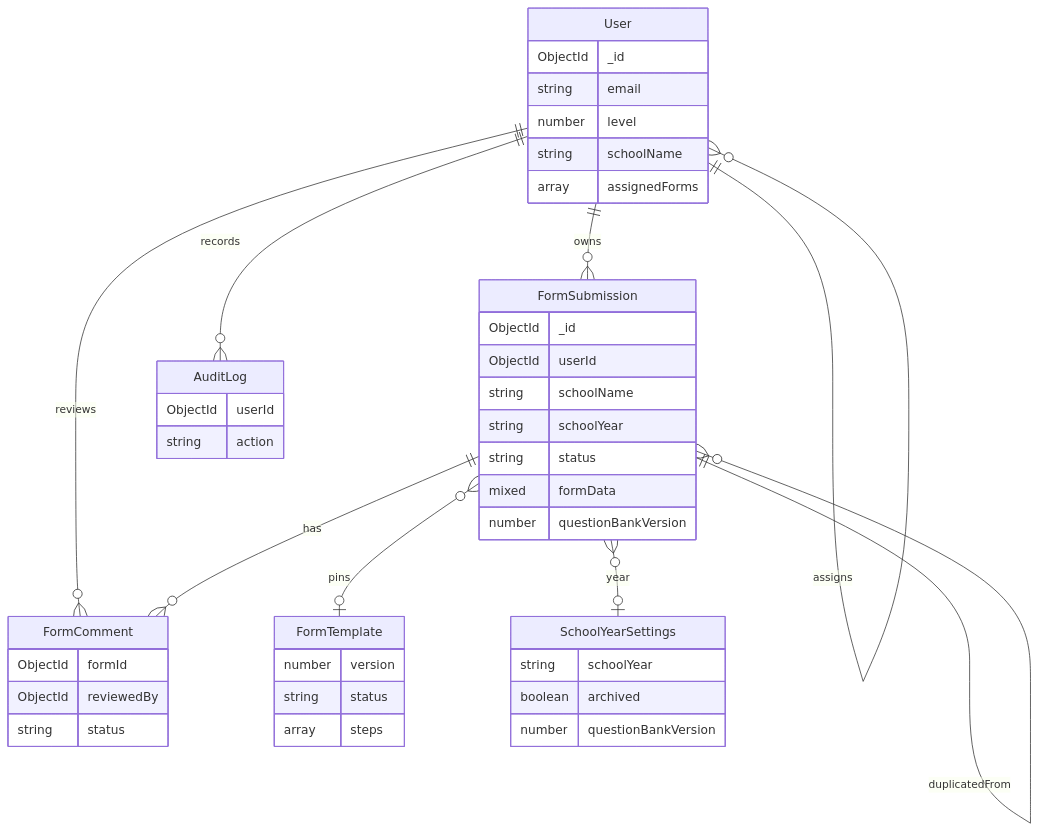
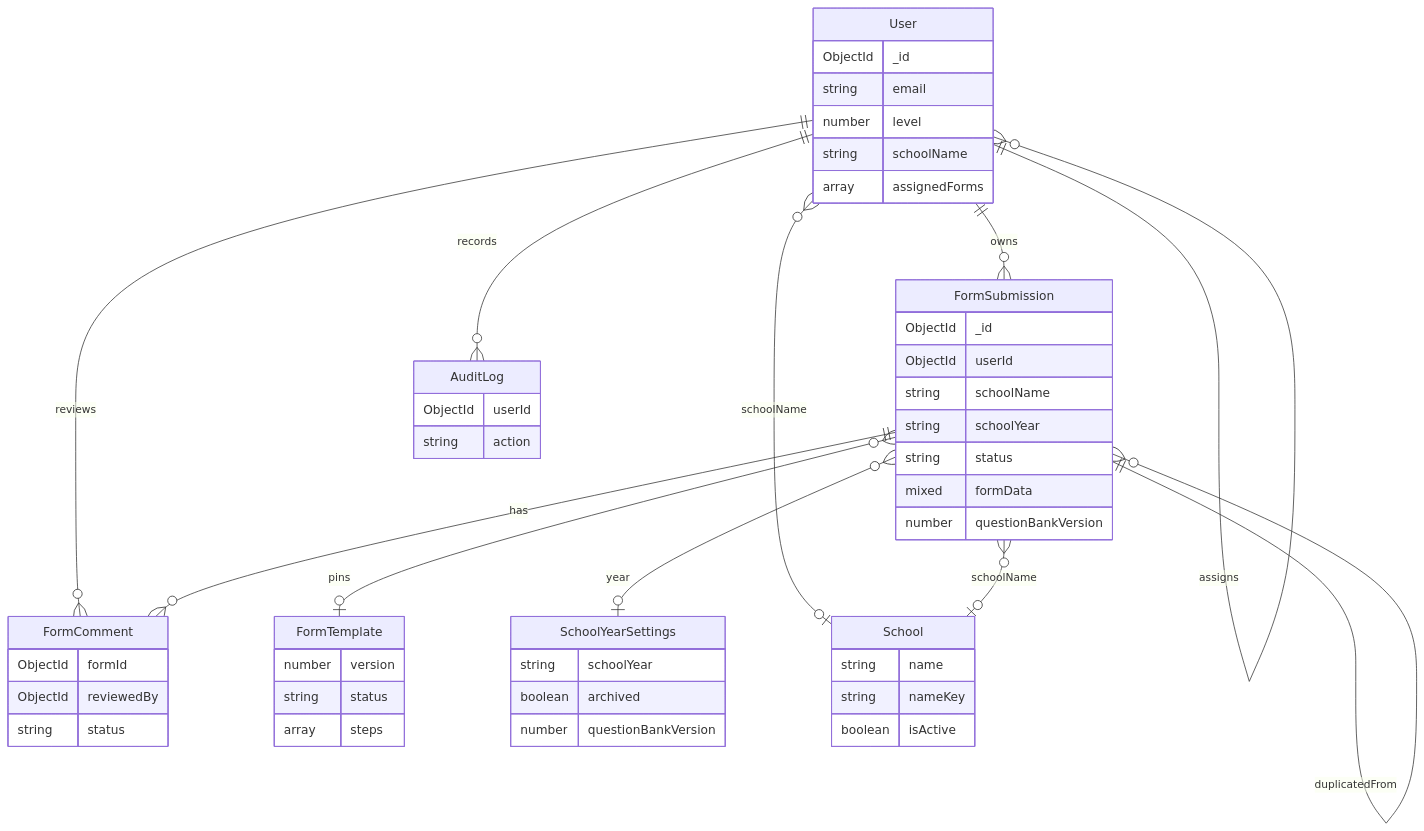
One commit to jjaramillodoe/d79-directory-app changed the diagram in docs/database/relationships.mdx. Above: the diagram before and after it, drawn with Mermaid. The commit also changed other lines of this file and 29 other files, not shown here.

````diff
--- a/docs/database/relationships.mdx
+++ b/docs/database/relationships.mdx
@@ -9,52 +9,60 @@
 ```mermaid
 erDiagram
   User ||--o{ FormSubmission : owns
   User ||--o{ FormComment : reviews
   User ||--o{ AuditLog : records
   User ||--o{ User : assigns
   FormSubmission ||--o{ FormComment : has
   FormSubmission }o--o| FormTemplate : pins
   FormSubmission }o--o| SchoolYearSettings : year
+  User }o--o| School : schoolName
+  FormSubmission }o--o| School : schoolName
   FormSubmission ||--o{ FormSubmission : duplicatedFrom
 
   User {
     ObjectId _id
     string email
     number level
     string schoolName
     array assignedForms
   }
 
   FormSubmission {
     ObjectId _id
     ObjectId userId
     string schoolName
     string schoolYear
     string status
     mixed formData
     number questionBankVersion
   }
 
   FormTemplate {
     number version
     string status
     array steps
   }
 
+  School {
+    string name
+    string nameKey
+    boolean isActive
+  }
+
   SchoolYearSettings {
     string schoolYear
     boolean archived
     number questionBankVersion
   }
 
   FormComment {
     ObjectId formId
     ObjectId reviewedBy
     string status
   }
 
   AuditLog {
     ObjectId userId
     string action
   }
 ```
````
